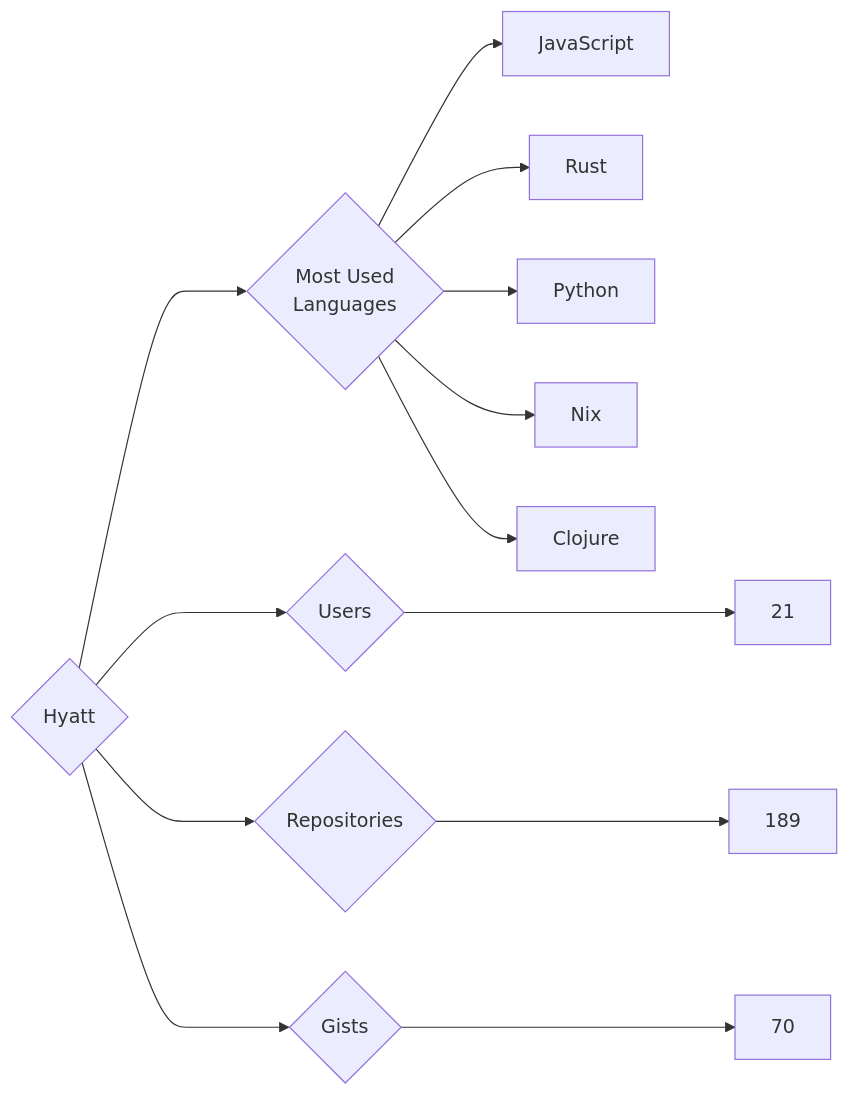
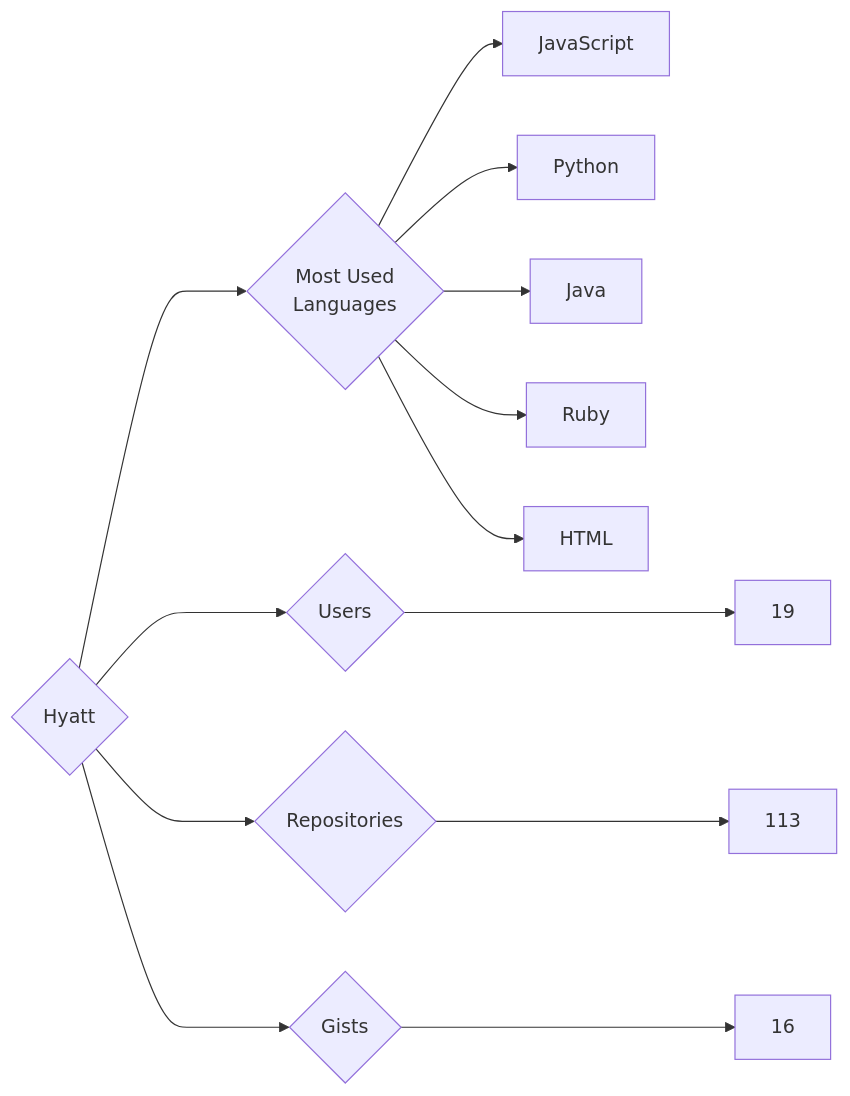
One commit to trickest/insiders changed the diagram in targets/Hyatt/README.md. Above: the diagram before and after it, drawn with Mermaid. The commit also changed 1084 other files, not shown here.

````diff
--- a/targets/Hyatt/README.md
+++ b/targets/Hyatt/README.md
@@ -3,13 +3,13 @@
 ```mermaid
 graph LR
 COMPANY_NAME{Hyatt}
-COMPANY_NAME ---> U{Users} ---> UN[21]
-COMPANY_NAME ---> R{Repositories} ---> RN[189]
-COMPANY_NAME ---> G{Gists} ---> GN[70]
+COMPANY_NAME ---> U{Users} ---> UN[19]
+COMPANY_NAME ---> R{Repositories} ---> RN[113]
+COMPANY_NAME ---> G{Gists} ---> GN[16]
 COMPANY_NAME ---> ML{Most Used<br>Languages}
 ML --> JavaScript[JavaScript]
-ML --> Rust[Rust]
 ML --> Python[Python]
-ML --> Nix[Nix]
-ML --> Clojure[Clojure]
+ML --> Java[Java]
+ML --> Ruby[Ruby]
+ML --> HTML[HTML]
 ```
````
